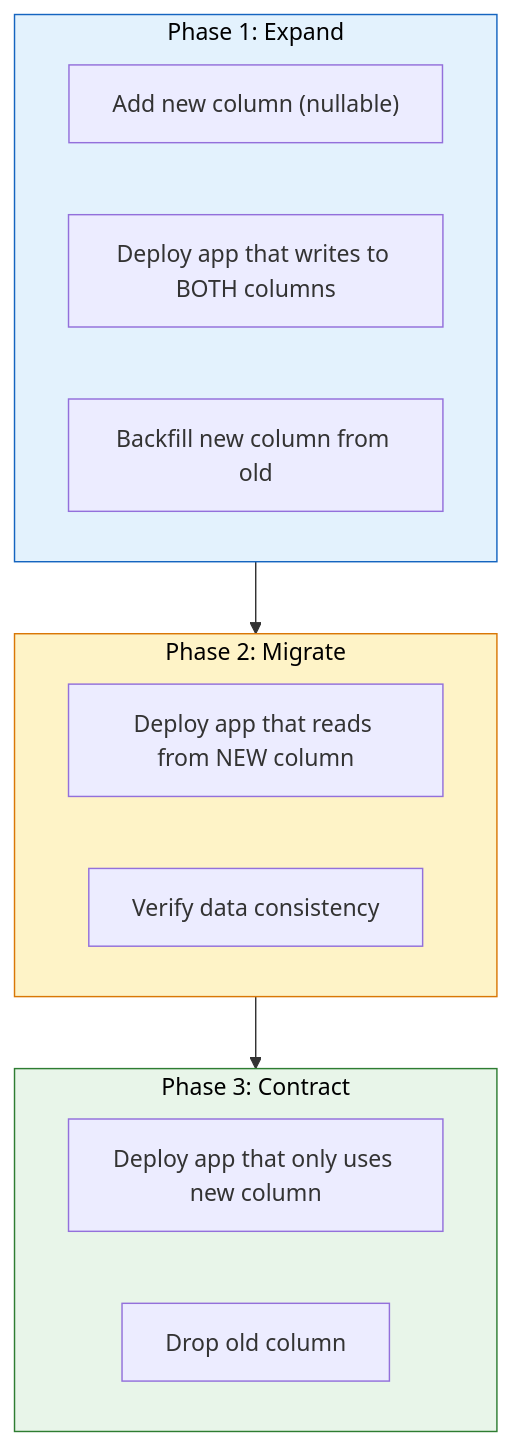
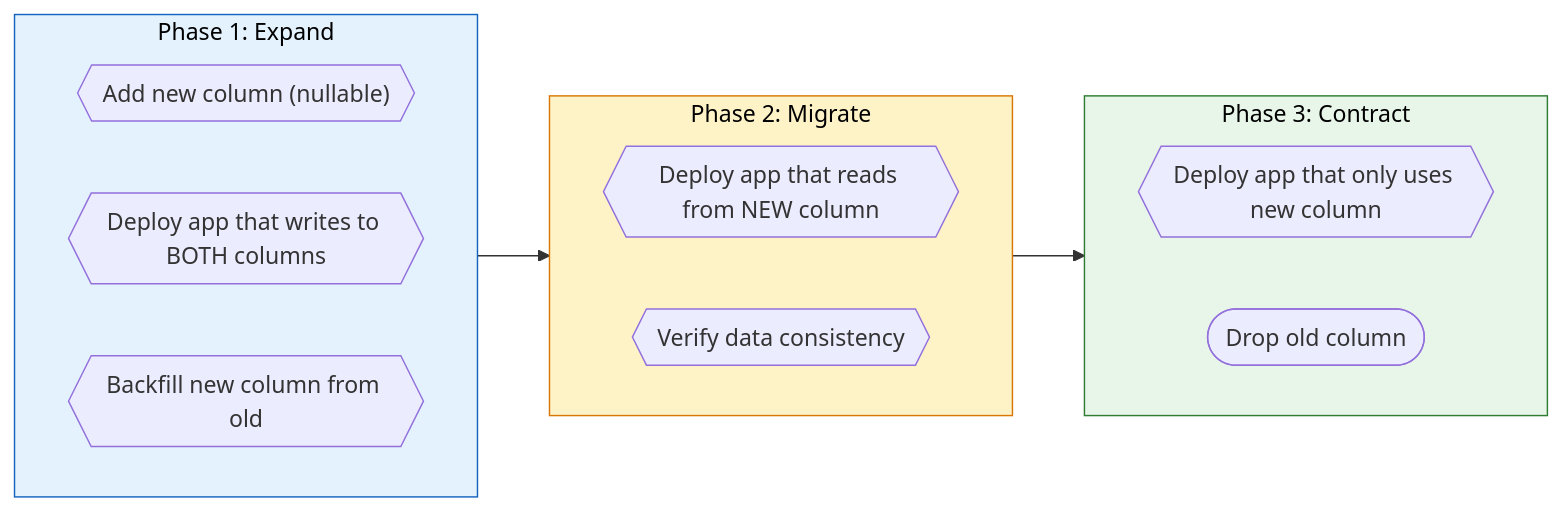
Before and after one commit to saivamsikaruturi/vamsilabs-dev-notes-main: the third of 5 diagrams in docs/springboot/database-migrations.md, drawn with Mermaid. The commit also changed other lines of this file and 146 other files, not shown here.

Commit message:
Horizontal diagrams, UML class diagrams, typography overhaul, and permalink cleanup

````diff
--- a/docs/springboot/database-migrations.md
+++ b/docs/springboot/database-migrations.md
@@ -349,24 +349,27 @@
 ```mermaid
-flowchart TD
+flowchart LR
     subgraph Phase1["Phase 1: Expand"]
-        E1["Add new column (nullable)"]
-        E2["Deploy app that writes to BOTH columns"]
-        E3["Backfill new column from old"]
+        direction LR
+        E1{{"Add new column (nullable)"}}
+        E2{{"Deploy app that writes to BOTH columns"}}
+        E3{{"Backfill new column from old"}}
     end
 
     subgraph Phase2["Phase 2: Migrate"]
-        M1["Deploy app that reads from NEW column"]
-        M2["Verify data consistency"]
+        direction LR
+        M1{{"Deploy app that reads from NEW column"}}
+        M2{{"Verify data consistency"}}
     end
 
     subgraph Phase3["Phase 3: Contract"]
-        C1["Deploy app that only uses new column"]
-        C2["Drop old column"]
+        direction LR
+        C1{{"Deploy app that only uses new column"}}
+        C2(["Drop old column"])
     end
 
     Phase1 --> Phase2 --> Phase3
 
     style Phase1 fill:#E3F2FD,stroke:#1565C0,color:#000
     style Phase2 fill:#FEF3C7,stroke:#D97706,color:#000
     style Phase3 fill:#E8F5E9,stroke:#2E7D32,color:#000
 ```
````
